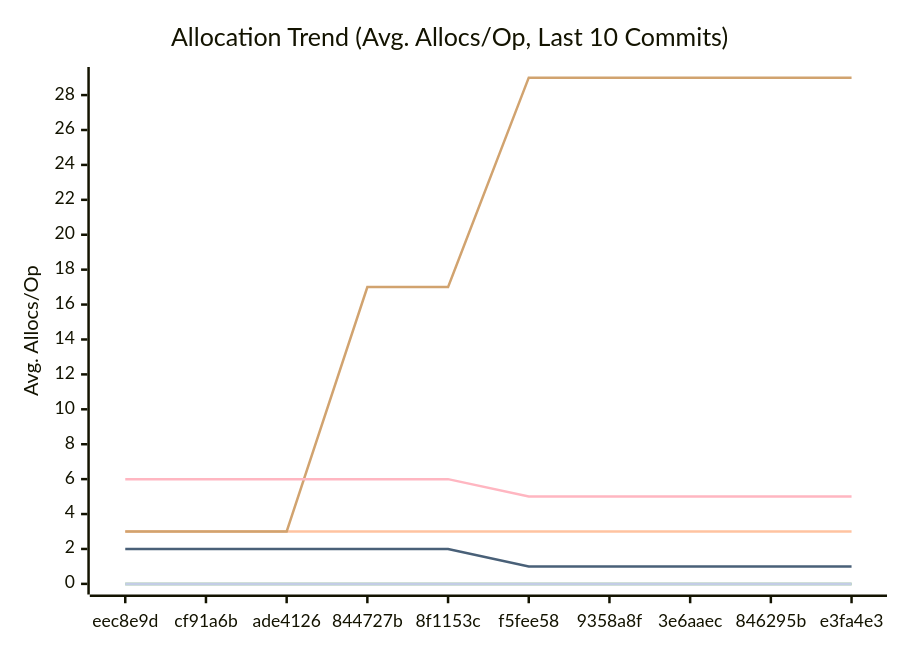
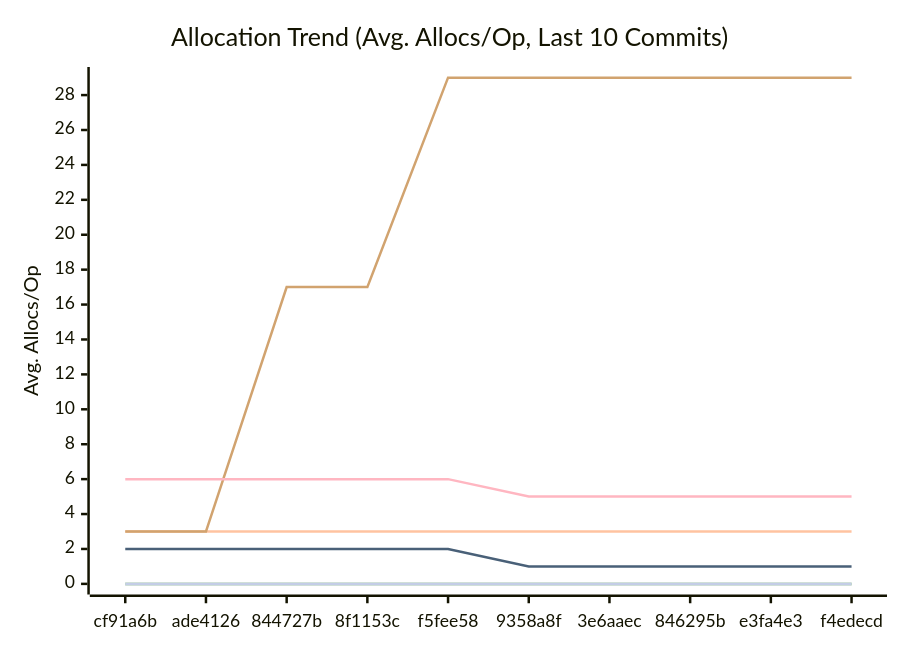
One commit to alsotoes/momo changed the third of 3 diagrams in docs/PERFORMANCE.md. Above: the diagram before and after it, drawn with Mermaid. The commit also changed other lines of this file and 12 other files, not shown here.

````diff
--- a/docs/PERFORMANCE.md
+++ b/docs/PERFORMANCE.md
@@ -114,16 +114,16 @@
 ```mermaid
 xychart-beta
     title "Allocation Trend (Avg. Allocs/Op, Last 10 Commits)"
     x-axis "Commit"
     y-axis "Avg. Allocs/Op"
-    x-axis [eec8e9d,cf91a6b,ade4126,844727b,8f1153c,f5fee58,9358a8f,3e6aaec,846295b,e3fa4e3]
+    x-axis [cf91a6b,ade4126,844727b,8f1153c,f5fee58,9358a8f,3e6aaec,846295b,e3fa4e3,f4edecd]
     line "CheckMetricsAndSwap" [0,0,0,0,0,0,0,0,0,0]
     line "CrushOptimized" [0,0,0,0,0,0,0,0,0,0]
     line "CrushOriginal" [3,3,3,3,3,3,3,3,3,3]
     line "IndexDirectTracking" [0,0,0,0,0,0,0,0,0,0]
     line "IndexSearch" [0,0,0,0,0,0,0,0,0,0]
-    line "LoadGlobalConfig" [3,3,3,17,17,29,29,29,29,29]
+    line "LoadGlobalConfig" [3,3,17,17,29,29,29,29,29,29]
     line "PadString" [0,0,0,0,0,0,0,0,0,0]
     line "ParseReplicationOrder_NoPrealloc" [6,6,6,6,6,5,5,5,5,5]
     line "ParseReplicationOrder_Prealloc" [2,2,2,2,2,1,1,1,1,1]
 ```
````
